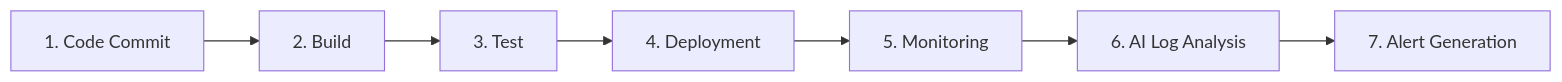
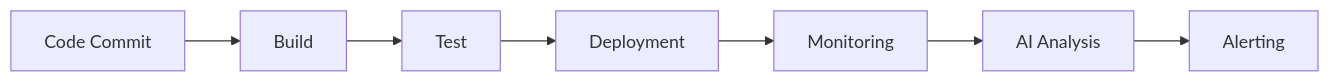
Before and after one commit to 01Sachinc/aws-ai-cicd-monitoring: the second of 3 diagrams in README.md, drawn with Mermaid. The commit also changed other lines of this file, not shown here.

Commit message:
style: final optimization of Mermaid diagrams for clean rendering

````diff
--- a/README.md
+++ b/README.md
@@ -40,9 +46,9 @@
 ```mermaid
 graph LR
-    A[1. Code Commit] --> B[2. Build]
-    B --> C[3. Test]
-    C --> D[4. Deployment]
-    D --> E[5. Monitoring]
-    E --> F[6. AI Log Analysis]
-    F --> G[7. Alert Generation]
+    Stage1[Code Commit] --> Stage2[Build]
+    Stage2 --> Stage3[Test]
+    Stage3 --> Stage4[Deployment]
+    Stage4 --> Stage5[Monitoring]
+    Stage5 --> Stage6[AI Analysis]
+    Stage6 --> Stage7[Alerting]
 ```
````
